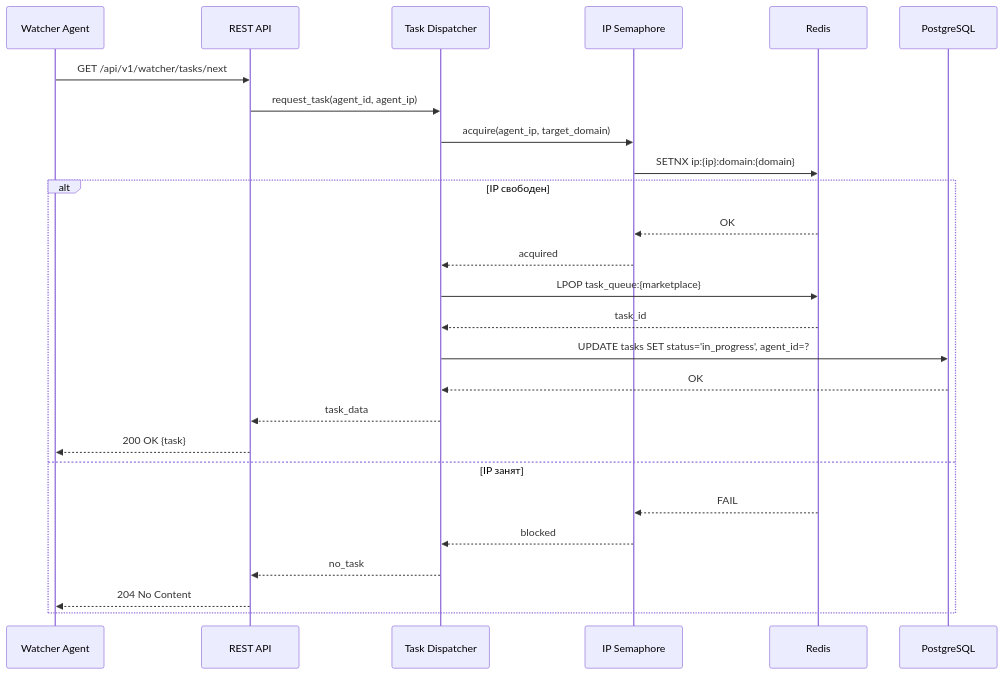
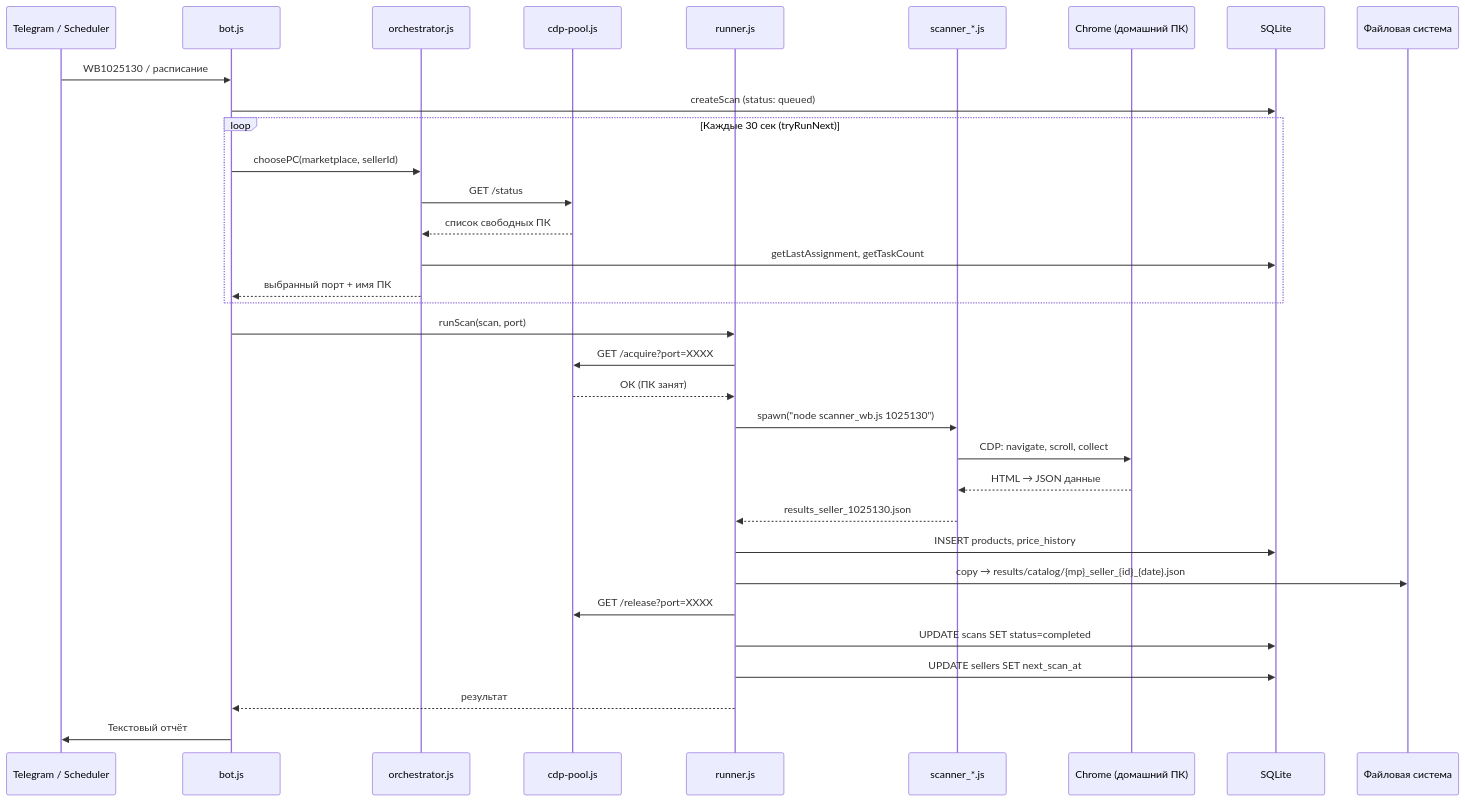
Before and after one commit to Sign25/Docs: the seventh of 9 diagrams in watcher/adolf_watcher_1_architecture.md, drawn with Mermaid. The commit also changed other lines of this file, not shown here.

Commit message:
Watcher v4.0: Раздел 1 — Архитектура (полная переработка)

````diff
--- a/watcher/adolf_watcher_1_architecture.md
+++ b/watcher/adolf_watcher_1_architecture.md
@@ -143,34 +332,40 @@
 ```mermaid
 sequenceDiagram
-    participant AG as Watcher Agent
-    participant API as REST API
-    participant TD as Task Dispatcher
-    participant SEM as IP Semaphore
-    participant REDIS as Redis
-    participant PG as PostgreSQL
-    
-    AG->>API: GET /api/v1/watcher/tasks/next
-    API->>TD: request_task(agent_id, agent_ip)
-    
-    TD->>SEM: acquire(agent_ip, target_domain)
-    SEM->>REDIS: SETNX ip:{ip}:domain:{domain}
-    
-    alt IP свободен
-        REDIS-->>SEM: OK
-        SEM-->>TD: acquired
-        
-        TD->>REDIS: LPOP task_queue:{marketplace}
-        REDIS-->>TD: task_id
-        
-        TD->>PG: UPDATE tasks SET status='in_progress', agent_id=?
-        PG-->>TD: OK
-        
-        TD-->>API: task_data
-        API-->>AG: 200 OK {task}
-    else IP занят
-        REDIS-->>SEM: FAIL
-        SEM-->>TD: blocked
-        TD-->>API: no_task
-        API-->>AG: 204 No Content
+    participant TG as Telegram / Scheduler
+    participant BOT as bot.js
+    participant ORCH as orchestrator.js
+    participant POOL as cdp-pool.js
+    participant RUNNER as runner.js
+    participant SCAN as scanner_*.js
+    participant CHROME as Chrome (домашний ПК)
+    participant DB as SQLite
+    participant FS as Файловая система
+
+    TG->>BOT: WB1025130 / расписание
+    BOT->>DB: createScan (status: queued)
+
+    loop Каждые 30 сек (tryRunNext)
+        BOT->>ORCH: choosePC(marketplace, sellerId)
+        ORCH->>POOL: GET /status
+        POOL-->>ORCH: список свободных ПК
+        ORCH->>DB: getLastAssignment, getTaskCount
+        ORCH-->>BOT: выбранный порт + имя ПК
     end
+
+    BOT->>RUNNER: runScan(scan, port)
+    RUNNER->>POOL: GET /acquire?port=XXXX
+    POOL-->>RUNNER: ОК (ПК занят)
+
+    RUNNER->>SCAN: spawn("node scanner_wb.js 1025130")
+    SCAN->>CHROME: CDP: navigate, scroll, collect
+    CHROME-->>SCAN: HTML → JSON данные
+    SCAN-->>RUNNER: results_seller_1025130.json
+
+    RUNNER->>DB: INSERT products, price_history
+    RUNNER->>FS: copy → results/catalog/{mp}_seller_{id}_{date}.json
+    RUNNER->>POOL: GET /release?port=XXXX
+    RUNNER->>DB: UPDATE scans SET status=completed
+    RUNNER->>DB: UPDATE sellers SET next_scan_at
+    RUNNER-->>BOT: результат
+    BOT->>TG: Текстовый отчёт
 ```
````
